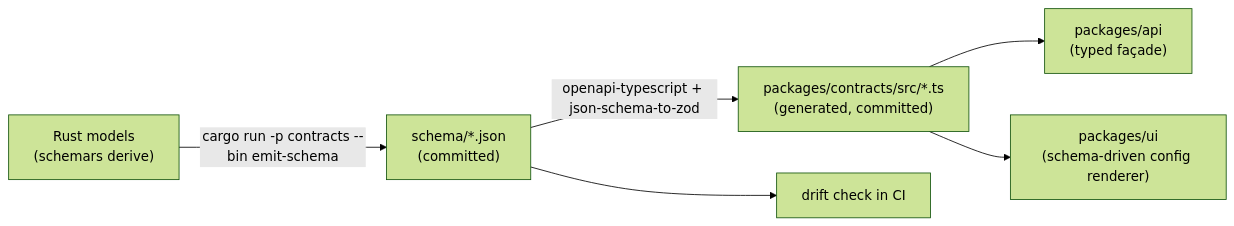
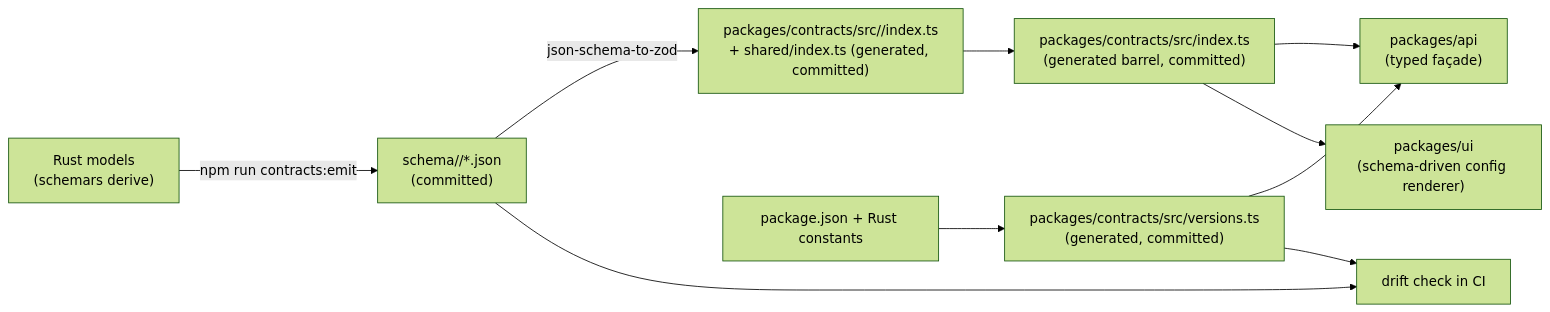
The diagram in docs/contracts.md (Av1ation-Association/Av1ation-Station), drawn with Mermaid (forest theme) before and after one commit. The commit also changed other lines of this file and 45 other files, not shown here.

Commit message:
docs: refresh architecture and delivery docs

````diff
--- a/docs/contracts.md
+++ b/docs/contracts.md
@@ -19,8 +31,12 @@
 ```mermaid
 flowchart LR
-    A["Rust models<br/>(schemars derive)"] -->|cargo run -p contracts --bin emit-schema| B["schema/*.json<br/>(committed)"]
-    B -->|openapi-typescript + json-schema-to-zod| C["packages/contracts/src/*.ts<br/>(generated, committed)"]
-    C --> D["packages/api<br/>(typed façade)"]
-    C --> E["packages/ui<br/>(schema-driven config renderer)"]
+    A["Rust models<br/>(schemars derive)"] -->|npm run contracts:emit| B["schema/<group>/*.json<br/>(committed)"]
+    B -->|json-schema-to-zod| C["packages/contracts/src/<group>/index.ts<br/>+ shared/index.ts (generated, committed)"]
+    P["package.json + Rust constants"] --> V["packages/contracts/src/versions.ts<br/>(generated, committed)"]
+    C --> R["packages/contracts/src/index.ts<br/>(generated barrel, committed)"]
+    R --> D["packages/api<br/>(typed façade)"]
+    R --> E["packages/ui<br/>(schema-driven config renderer)"]
+    V --> D
     B --> F["drift check in CI"]
+    V --> F
 ```
````
